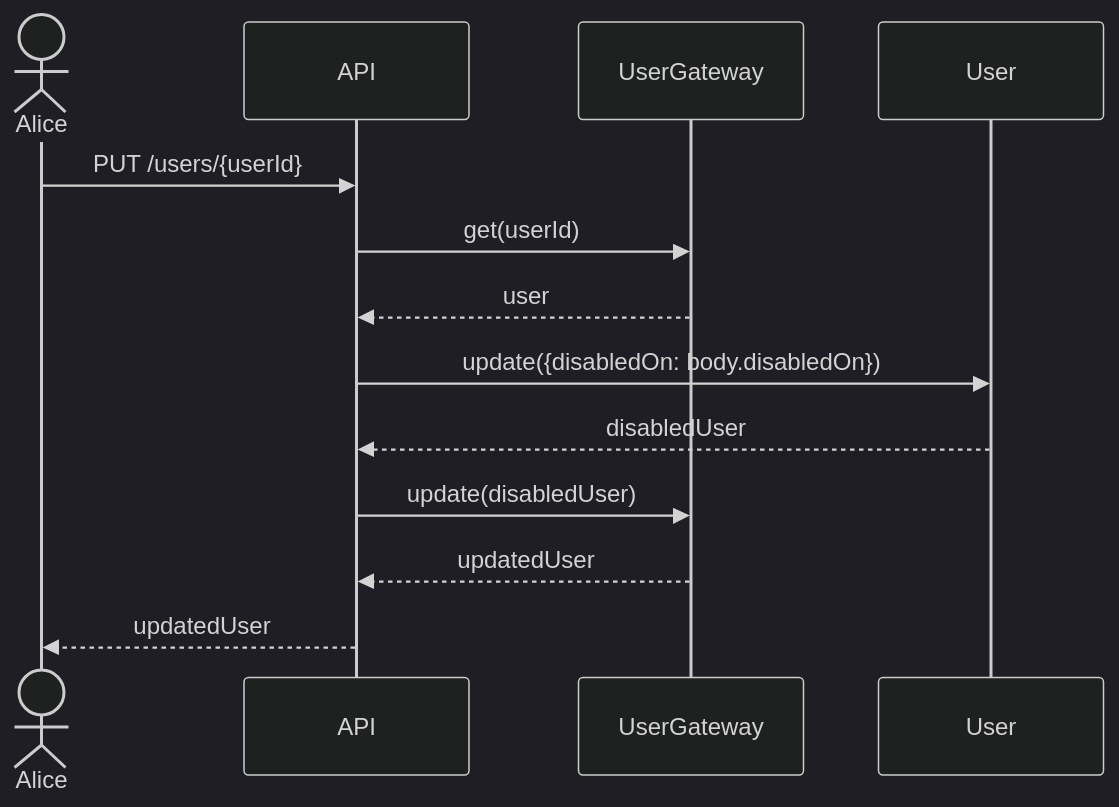
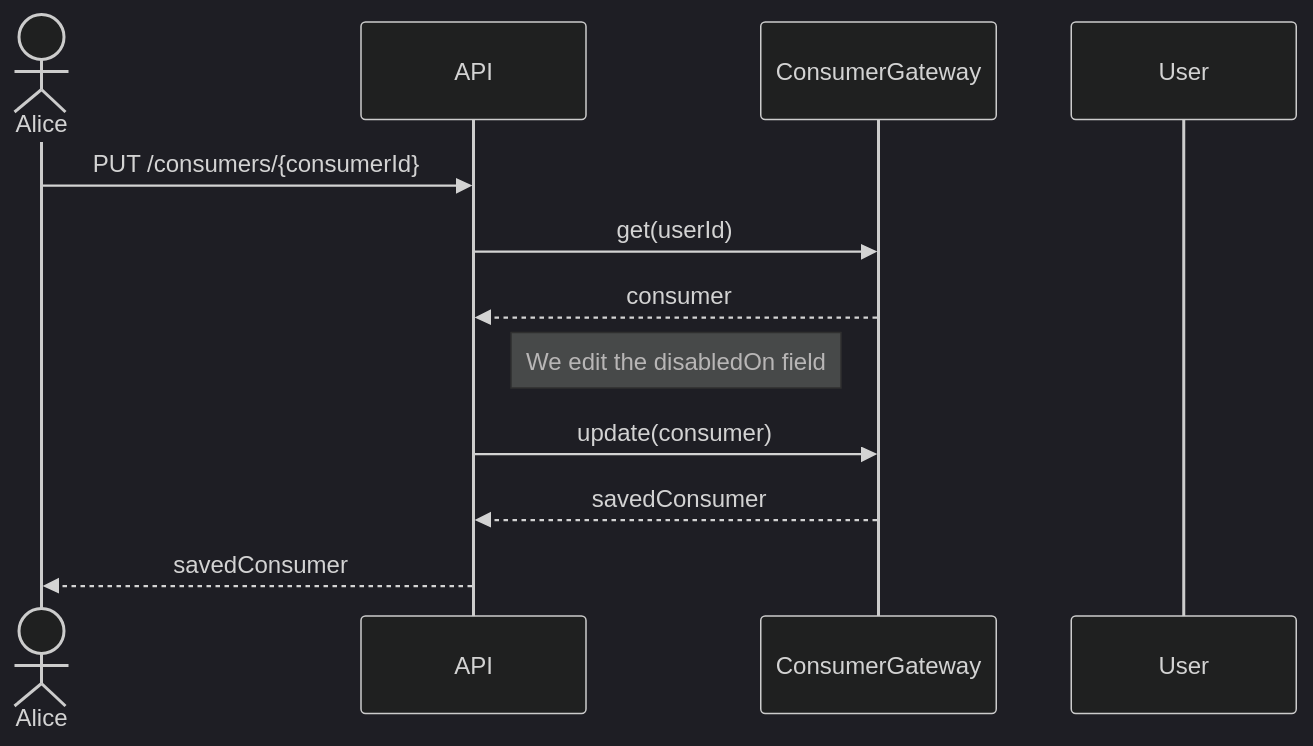
One commit to hivetown/planning changed diagram 32 of 32 in sequence.md. Above: the diagram before and after it, drawn with Mermaid (dark theme). The commit also changed other lines of this file, not shown here.

Commit message:
diagramas de sequência

````diff
--- a/sequence.md
+++ b/sequence.md
@@ -1015,20 +1048,20 @@
 ```mermaid
 sequenceDiagram
     actor A as Alice
     participant API
-    participant UG as UserGateway
+    participant CG as ConsumerGateway
     participant U as User
 
-    A ->> API: PUT /users/{userId}
 
-    API ->> UG: get(userId)
-    UG -->> API: user
+    A ->> API: PUT /consumers/{consumerId}
 
-    API ->> U: update({disabledOn: body.disabledOn})
-    U -->> API: disabledUser
+    API ->> CG: get(userId)
+    CG -->> API: consumer
 
-    API ->> UG: update(disabledUser)
-    UG -->> API: updatedUser
+    Note right of API: We edit the disabledOn field
 
-    API -->> A: updatedUser
+    API ->> CG: update(consumer)
+    CG -->> API: savedConsumer
+
+    API -->> A: savedConsumer
 ```
````
